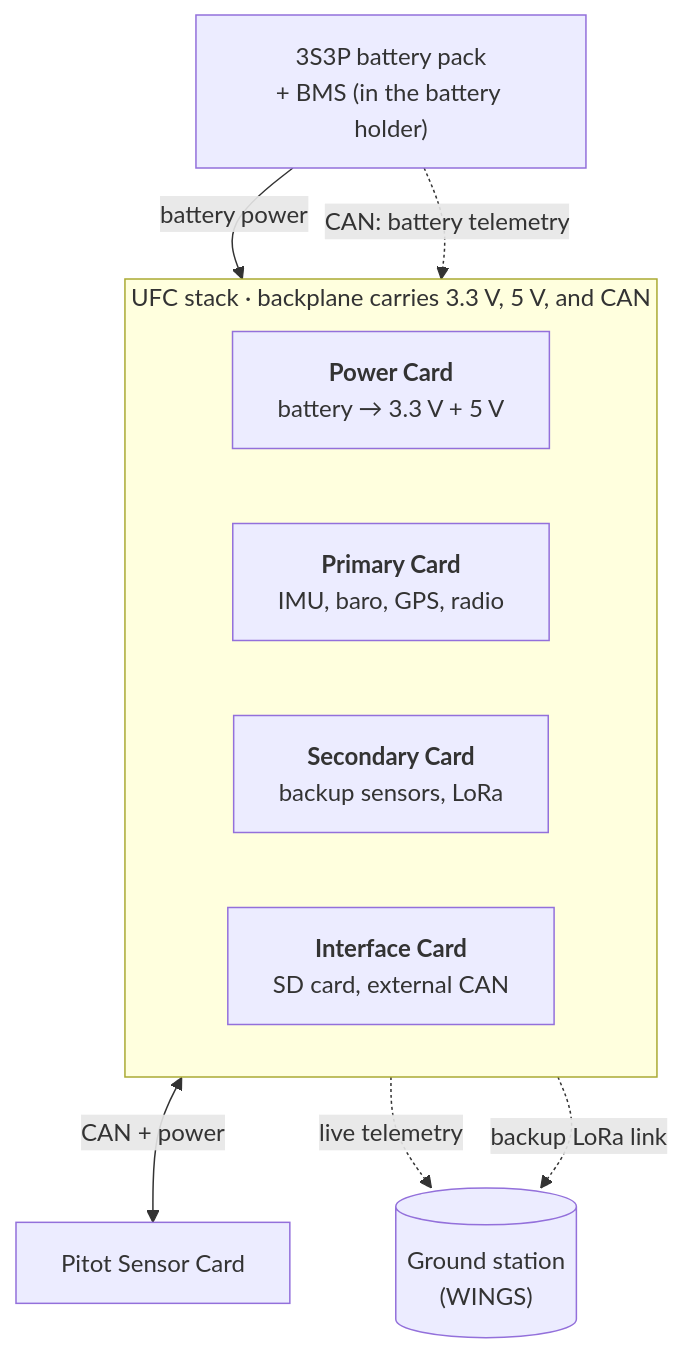
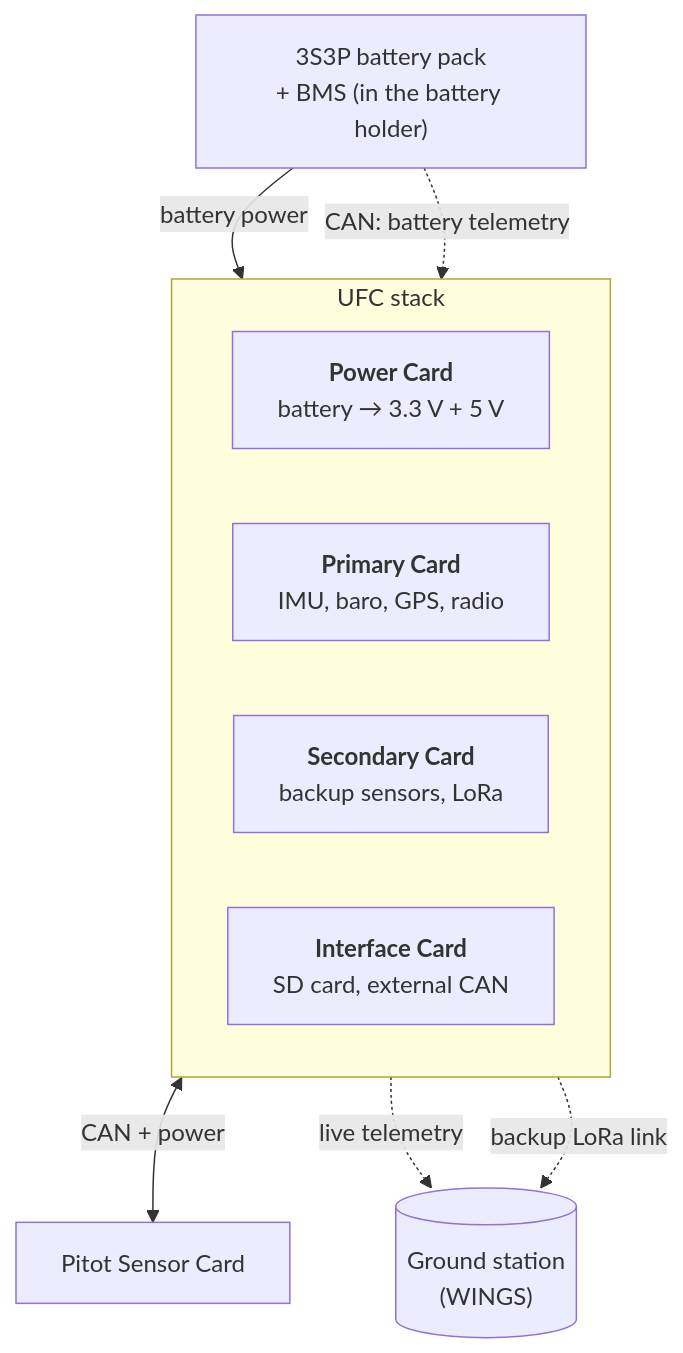
Before and after one commit to UMN-Rocket-Team/avionics-docs: the diagram in docs/projects/ufc/architecture.md, drawn with Mermaid. The commit also changed other lines of this file and 14 other files, not shown here.

````diff
--- a/docs/projects/ufc/architecture.md
+++ b/docs/projects/ufc/architecture.md
@@ -33,16 +33,16 @@
 ```mermaid
 flowchart TB
     BAT["3S3P battery pack<br/>+ BMS (in the battery holder)"]
-    subgraph STACK["UFC stack · backplane carries 3.3 V, 5 V, and CAN"]
+    subgraph STACK["UFC stack"]
         direction LR
         PWR["<b>Power Card</b><br/>battery → 3.3 V + 5 V"]
         PRI["<b>Primary Card</b><br/>IMU, baro, GPS, radio"]
         SEC["<b>Secondary Card</b><br/>backup sensors, LoRa"]
         INT["<b>Interface Card</b><br/>SD card, external CAN"]
     end
     BAT -- "battery power" --> PWR
     BAT -. "CAN: battery telemetry" .-> INT
     INT <-- "CAN + power" --> PIT["Pitot Sensor Card"]
     PRI -. "live telemetry" .-> GS[("Ground station<br/>(WINGS)")]
     SEC -. "backup LoRa link" .-> GS
 ```
````
